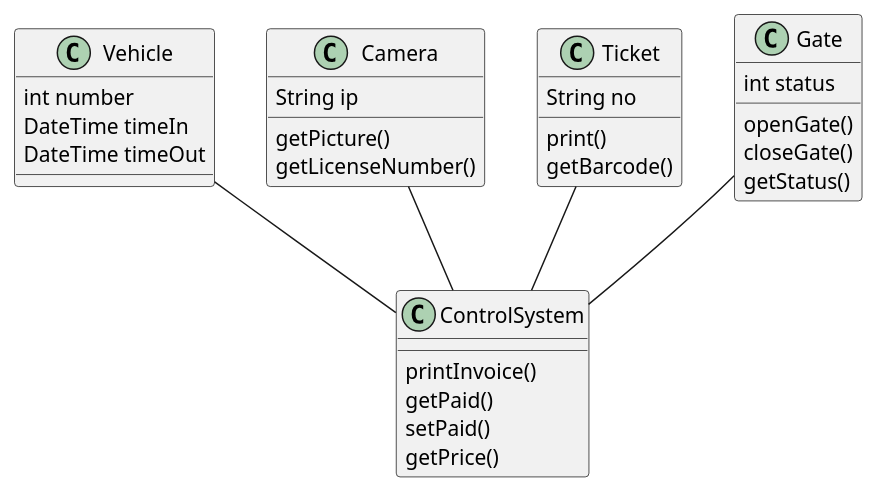
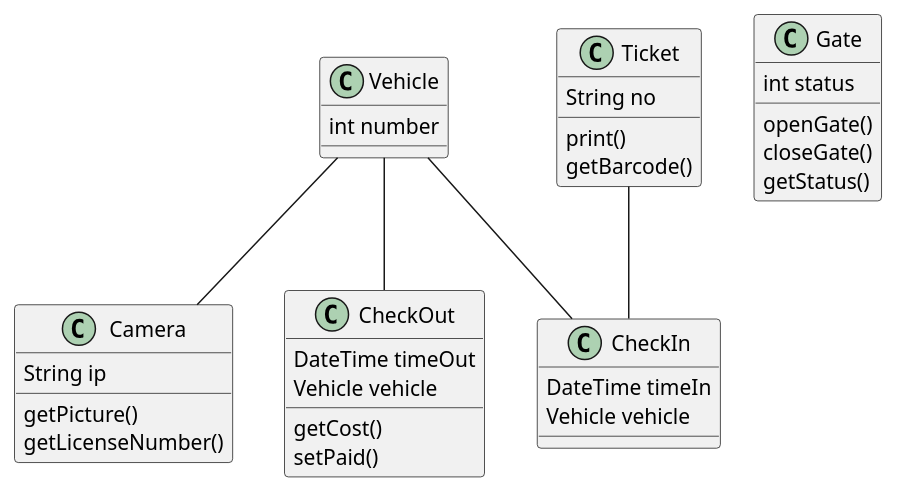
Before and after one commit to billymontolalu/thesis: the diagram in src/parkiran/case127.puml, drawn with PlantUML. The commit also changed 25 other files, not shown here.

```diff
--- a/src/parkiran/case127.puml
+++ b/src/parkiran/case127.puml
@@ -1,28 +1,29 @@
 @startuml
 Vehicle : int number
-Vehicle : DateTime timeIn
-Vehicle : DateTime timeOut
 
 Camera : String ip
 Camera : getPicture()
 Camera : getLicenseNumber()
 
-ControlSystem : printInvoice()
-ControlSystem : getPaid()
-ControlSystem : setPaid()
-ControlSystem : getPrice()
+CheckIn : DateTime timeIn
+CheckIn : Vehicle vehicle
+
+CheckOut : DateTime timeOut
+CheckOut : Vehicle vehicle
+CheckOut : getCost()
+CheckOut : setPaid()
 
 Ticket : String no
 Ticket : print()
 Ticket : getBarcode()
 
 Gate : int status
 Gate : openGate()
 Gate : closeGate()
 Gate : getStatus()
 
-Camera -- ControlSystem
-Gate -- ControlSystem
-Ticket -- ControlSystem
-Vehicle -- ControlSystem
+Vehicle -- CheckIn
+Vehicle -- CheckOut
+Vehicle -- Camera
+Ticket -- CheckIn
 @enduml
```
